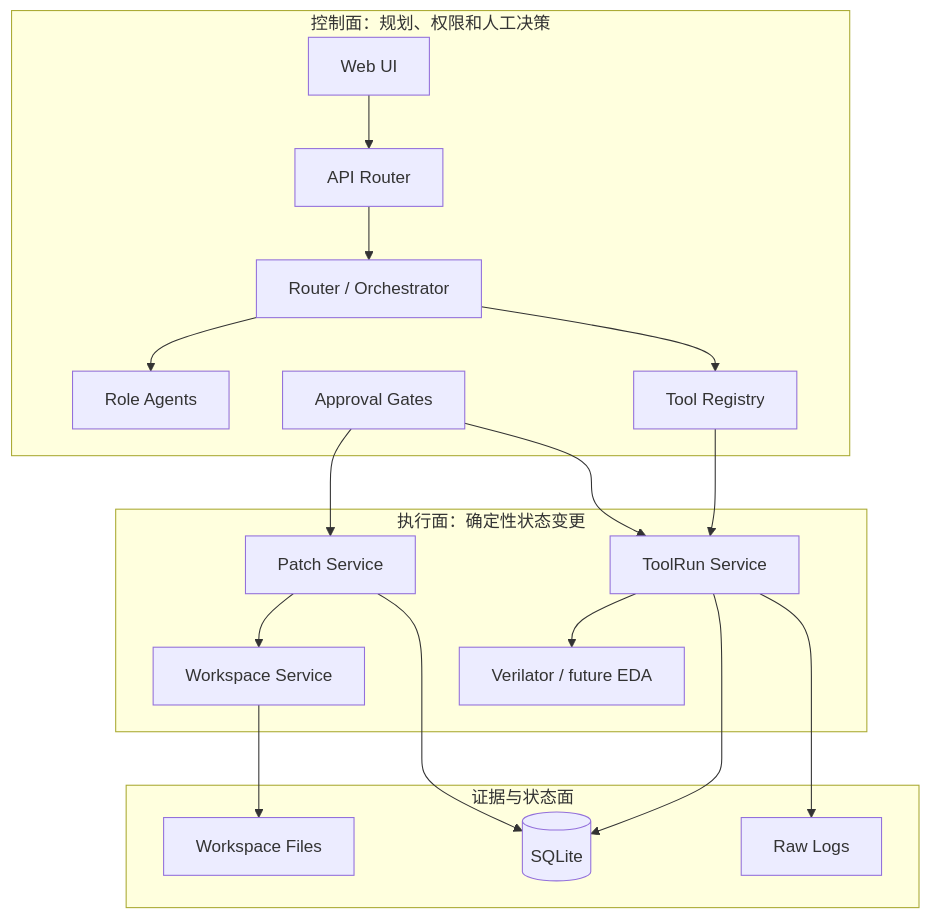
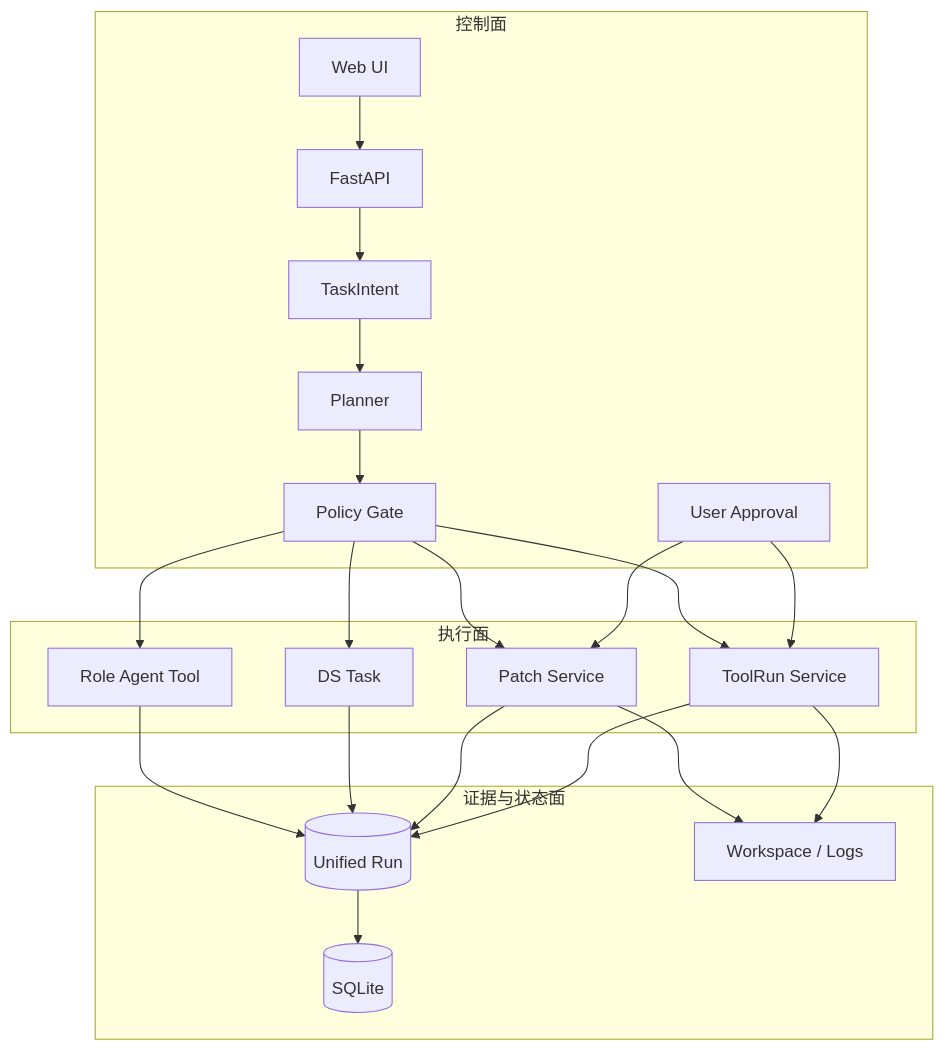
Before and after one commit to yaowensial-g/chipDesignAgent: the fourth of 6 diagrams in docs/architecture-overview.md, drawn with Mermaid. The commit also changed other lines of this file and 9 other files, not shown here.

Commit message:
Refresh architecture documentation and context diagrams

````diff
--- a/docs/architecture-overview.md
+++ b/docs/architecture-overview.md
@@ -522,35 +327,36 @@
 ```mermaid
 flowchart TB
-    subgraph ControlPlane[控制面：规划、权限和人工决策]
+    subgraph ControlPlane[控制面]
         UI[Web UI]
-        API[API Router]
-        ORCH[Router / Orchestrator]
-        AGENT[Role Agents]
-        APPROVAL[Approval Gates]
-        REGISTRY[Tool Registry]
+        API[FastAPI]
+        Intent[TaskIntent]
+        Planner[Planner]
+        Policy[Policy Gate]
+        Approval[User Approval]
     end
-
-    subgraph ExecutionPlane[执行面：确定性状态变更]
-        WORKSPACE[Workspace Service]
-        PATCH[Patch Service]
-        RUNNER[ToolRun Service]
-        EDA[Verilator / future EDA]
+    subgraph ExecutionPlane[执行面]
+        Role[Role Agent Tool]
+        DS[DS Task]
+        Patch[Patch Service]
+        ToolRun[ToolRun Service]
     end
-
     subgraph EvidencePlane[证据与状态面]
+        Run[(Unified Run)]
         DB[(SQLite)]
-        FILES[Workspace Files]
-        LOGS[Raw Logs]
+        Files[Workspace / Logs]
     end
-
-    UI --> API --> ORCH --> AGENT
-    ORCH --> REGISTRY
-    APPROVAL --> PATCH
-    APPROVAL --> RUNNER
-    REGISTRY --> RUNNER --> EDA
-    PATCH --> WORKSPACE
-    WORKSPACE --> FILES
-    PATCH --> DB
-    RUNNER --> DB
-    RUNNER --> LOGS
+    UI --> API --> Intent --> Planner --> Policy
+    Policy --> Role
+    Policy --> DS
+    Policy --> Patch
+    Policy --> ToolRun
+    Approval --> Patch
+    Approval --> ToolRun
+    Role --> Run
+    DS --> Run
+    Patch --> Run
+    ToolRun --> Run
+    Run --> DB
+    Patch --> Files
+    ToolRun --> Files
 ```
````
